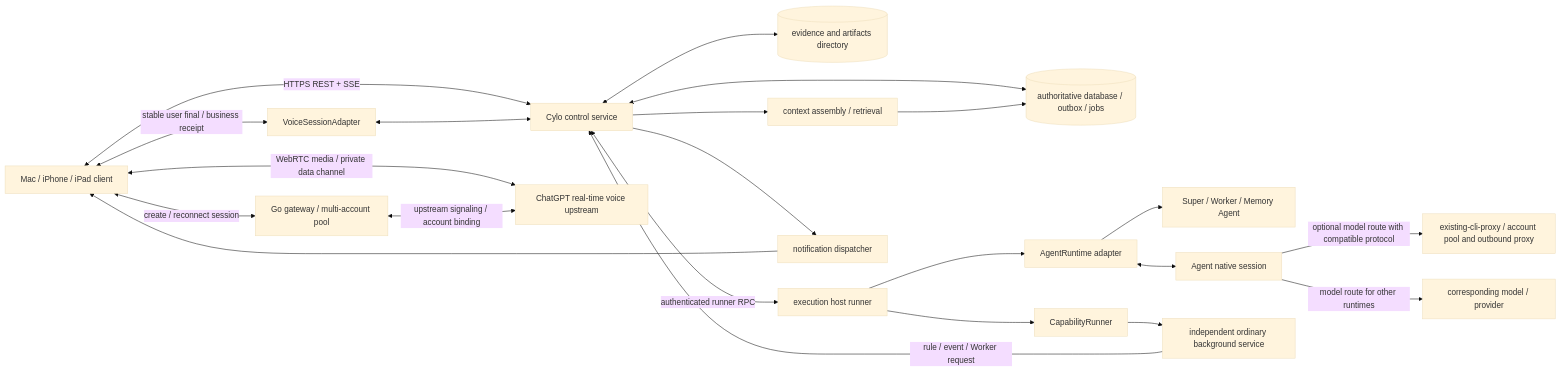
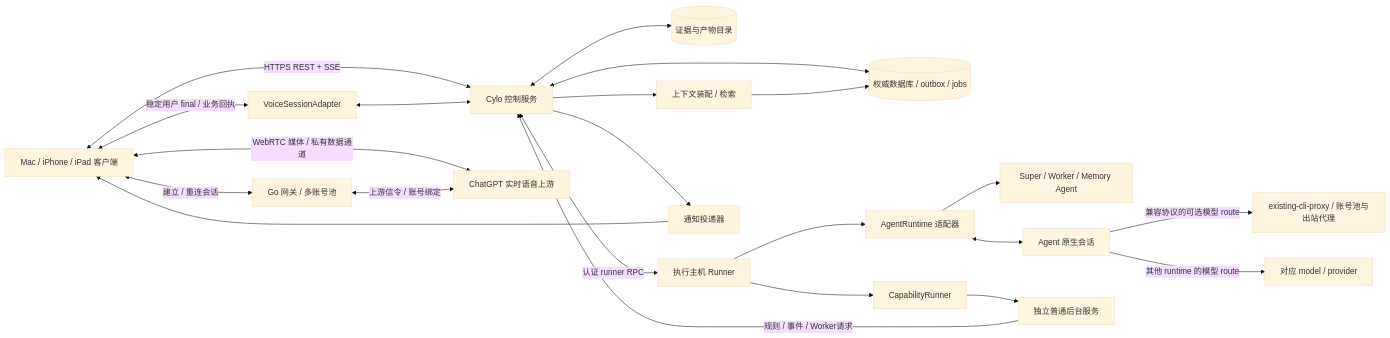
One commit to ronigooja/Cylo changed the first of 3 diagrams in docs/archive/research/reports/04-architecture.md. Above: the diagram before and after it, drawn with Mermaid (base theme). The commit also changed other lines of this file and 5 other files, not shown here.

````diff
--- a/docs/archive/research/reports/04-architecture.md
+++ b/docs/archive/research/reports/04-architecture.md
@@ -18,24 +18,24 @@
 ```mermaid
 flowchart LR
-  PWA[Mac / iPhone / iPad client] <-->|HTTPS REST + SSE| CP[Cylo control service]
-  PWA <-->|WebRTC media / private data channel| UP[ChatGPT real-time voice upstream]
-  PWA <-->|create / reconnect session| GW[Go gateway / multi-account pool]
-  GW <-->|upstream signaling / account binding| UP
-  PWA <-->|stable user final / business receipt| VP[VoiceSessionAdapter]
+  PWA[Mac / iPhone / iPad 客户端] <-->|HTTPS REST + SSE| CP[Cylo 控制服务]
+  PWA <-->|WebRTC 媒体 / 私有数据通道| UP[ChatGPT 实时语音上游]
+  PWA <-->|建立 / 重连会话| GW[Go 网关 / 多账号池]
+  GW <-->|上游信令 / 账号绑定| UP
+  PWA <-->|稳定用户 final / 业务回执| VP[VoiceSessionAdapter]
   VP <--> CP
-  CP <--> DB[(authoritative database / outbox / jobs)]
-  CP <--> OBJ[(evidence and artifacts directory)]
-  CP --> CTX[context assembly / retrieval]
+  CP <--> DB[(权威数据库 / outbox / jobs)]
+  CP <--> OBJ[(证据与产物目录)]
+  CP --> CTX[上下文装配 / 检索]
   CTX --> DB
-  CP <-->|authenticated runner RPC| R[execution host runner]
-  R --> AR[AgentRuntime adapter]
+  CP <-->|认证 runner RPC| R[执行主机 Runner]
+  R --> AR[AgentRuntime 适配器]
   AR --> S[Super / Worker / Memory Agent]
-  AR <--> CX[Agent native session]
-  CX -->|optional model route with compatible protocol| PX[existing-cli-proxy / account pool and outbound proxy]
-  CX -->|model route for other runtimes| MP[corresponding model / provider]
+  AR <--> CX[Agent 原生会话]
+  CX -->|兼容协议的可选模型 route| PX[existing-cli-proxy / 账号池与出站代理]
+  CX -->|其他 runtime 的模型 route| MP[对应 model / provider]
   R --> CR[CapabilityRunner]
-  CR --> SV[independent ordinary background service]
-  SV -->|rule / event / Worker request| CP
-  CP --> PN[notification dispatcher]
+  CR --> SV[独立普通后台服务]
+  SV -->|规则 / 事件 / Worker请求| CP
+  CP --> PN[通知投递器]
   PN --> PWA
 ```
````
